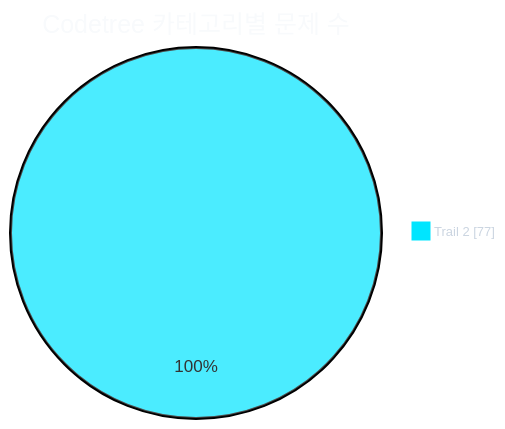
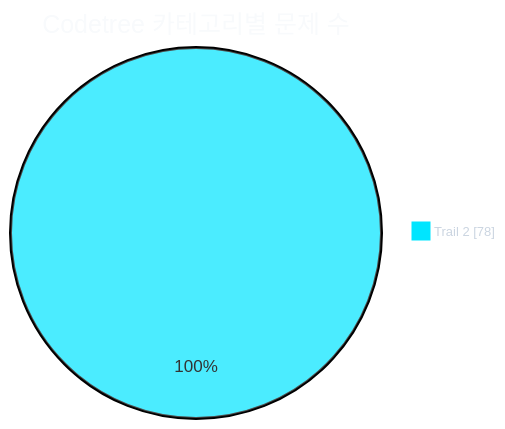
One commit to CHOOSLA/Algorithm changed the first of 2 diagrams in readme.md. Above: the diagram before and after it, drawn with Mermaid. The commit also changed other lines of this file and 2 other files, not shown here.

````diff
--- a/readme.md
+++ b/readme.md
@@ -31,21 +31,21 @@
 ```mermaid
 ---
 config:
   theme: base
   themeVariables:
     background: '#0d1117'
     pieTitleTextColor: '#f8fafc'
     pieLegendTextColor: '#cbd5e1'
     pieLegendTextSize: '13px'
     pie1: '#00e5ff'
     pie2: '#22c55e'
     pie3: '#f59e0b'
     pie4: '#a855f7'
     pie5: '#ec4899'
     pie6: '#3b82f6'
     pie7: '#64748b'
 ---
 pie showData
   title Codetree 카테고리별 문제 수
-  "Trail 2" : 77
+  "Trail 2" : 78
 ```
````
